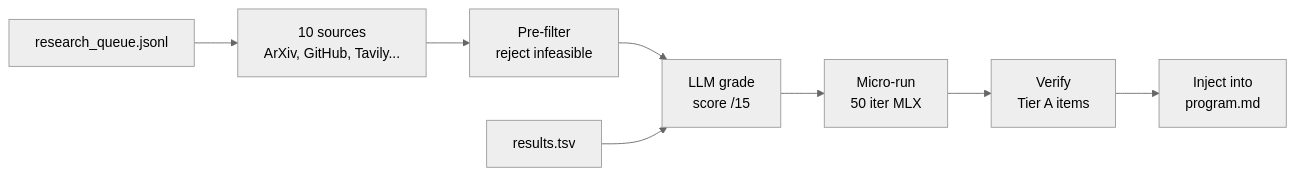
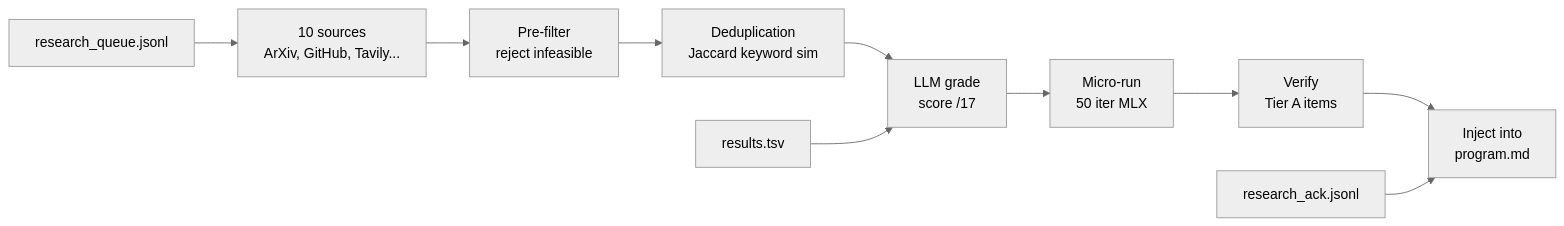
One commit to robinojw/parameter-golf-autoresearch changed the third of 3 diagrams in README.md. Above: the diagram before and after it, drawn with Mermaid (neutral theme). The commit also changed other lines of this file and 85 other files, not shown here.

First line of the commit message:
System improvements - mandatory evaluator gate, early-abort, research dedup, decision-state handoff (#1)

````diff
--- a/README.md
+++ b/README.md
@@ -63,10 +78,12 @@
 ```mermaid
 graph LR
     SRC["10 sources\nArXiv, GitHub, Tavily..."] --> PREFILT["Pre-filter\nreject infeasible"]
-    PREFILT --> GRADE["LLM grade\nscore /15"]
+    PREFILT --> DEDUP["Deduplication\nJaccard keyword sim"]
+    DEDUP --> GRADE["LLM grade\nscore /17"]
     GRADE --> MICRO["Micro-run\n50 iter MLX"]
     MICRO --> VERIFY["Verify\nTier A items"]
     VERIFY --> INJECT["Inject into\nprogram.md"]
     REQ["research_queue.jsonl"] --> SRC
     TSV["results.tsv"] --> GRADE
+    ACK["research_ack.jsonl"] --> INJECT
 ```
````
